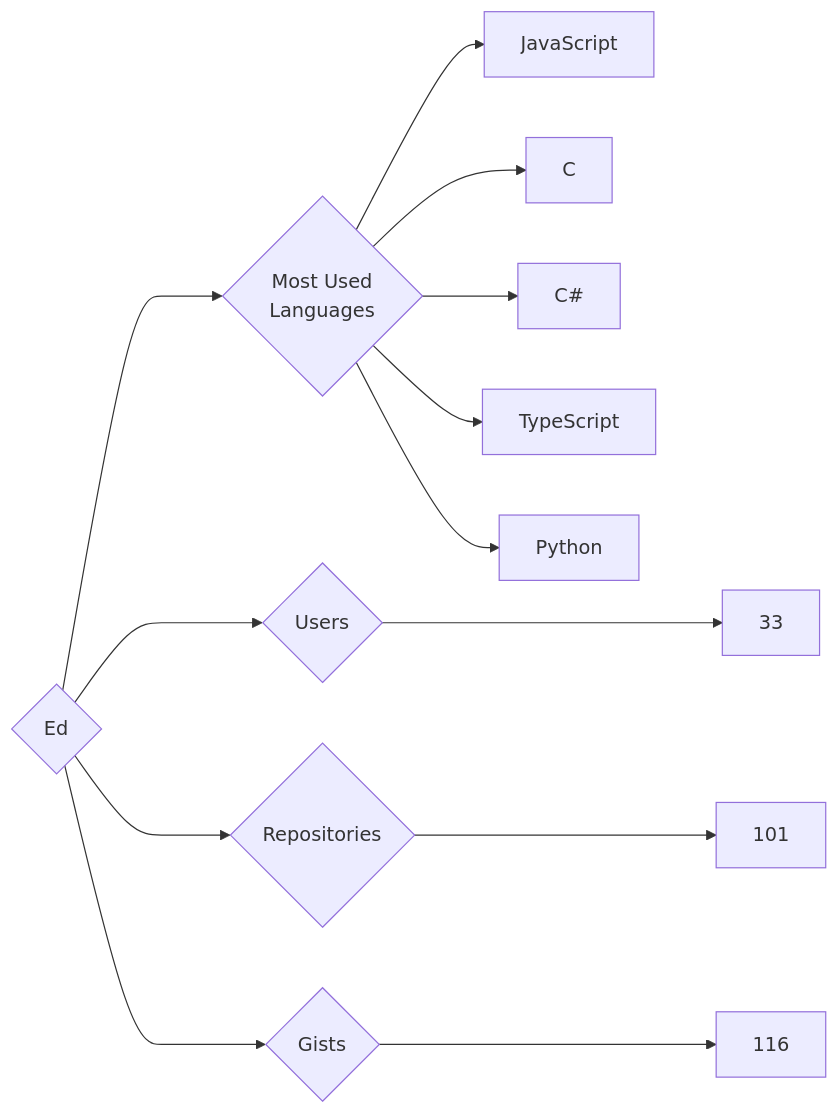
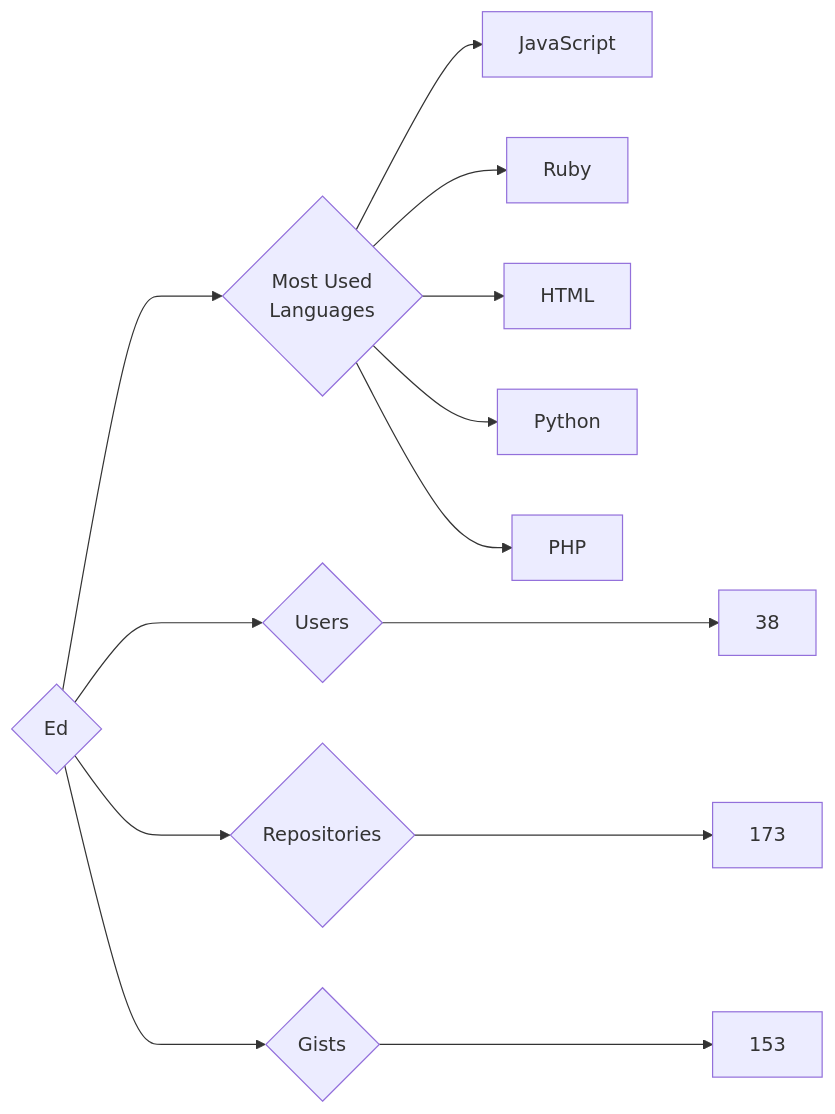
One commit to trickest/insiders changed the diagram in targets/Ed/README.md. Above: the diagram before and after it, drawn with Mermaid. The commit also changed 682 other files, not shown here.

````diff
--- a/targets/Ed/README.md
+++ b/targets/Ed/README.md
@@ -3,13 +3,13 @@
 ```mermaid
 graph LR
 COMPANY_NAME{Ed}
-COMPANY_NAME ---> U{Users} ---> UN[33]
-COMPANY_NAME ---> R{Repositories} ---> RN[101]
-COMPANY_NAME ---> G{Gists} ---> GN[116]
+COMPANY_NAME ---> U{Users} ---> UN[38]
+COMPANY_NAME ---> R{Repositories} ---> RN[173]
+COMPANY_NAME ---> G{Gists} ---> GN[153]
 COMPANY_NAME ---> ML{Most Used<br>Languages}
 ML --> JavaScript[JavaScript]
-ML --> C[C]
-ML --> C#[C#]
-ML --> TypeScript[TypeScript]
+ML --> Ruby[Ruby]
+ML --> HTML[HTML]
 ML --> Python[Python]
+ML --> PHP[PHP]
 ```
````
